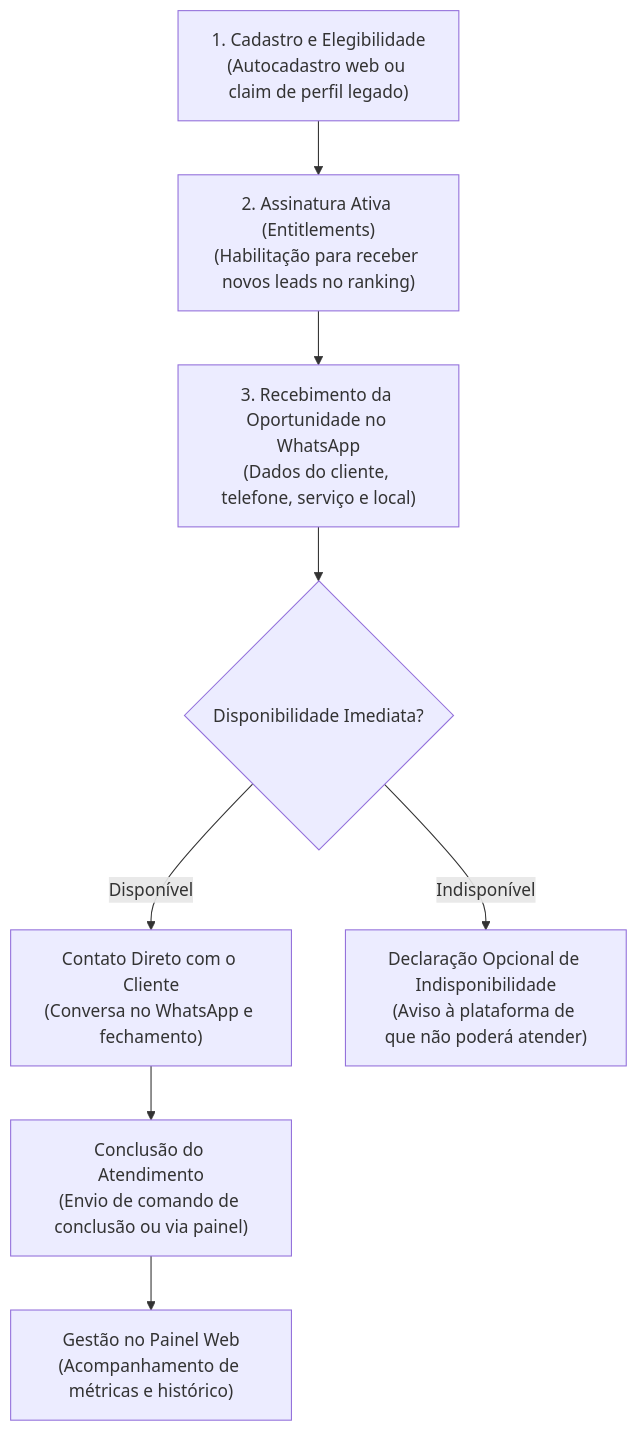
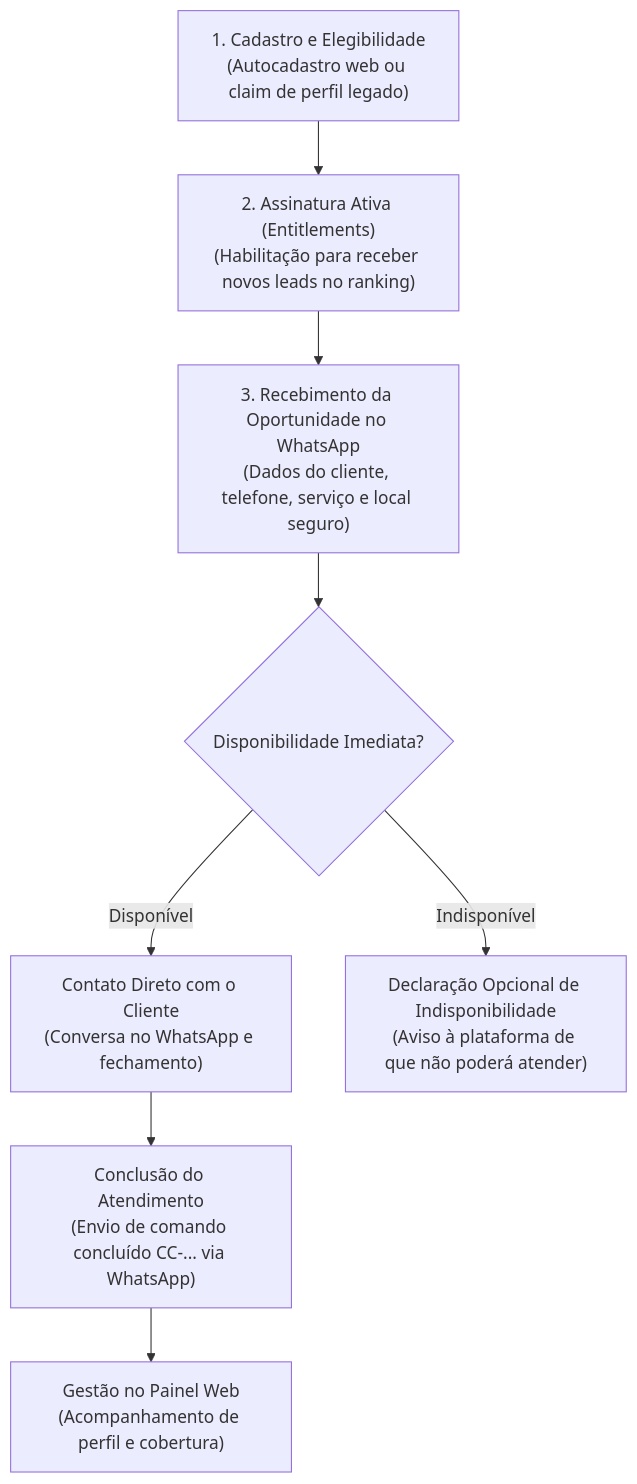
Before and after one commit to koglim/contato: the second of 2 diagrams in docs/PRODUCT_JOURNEYS.md, drawn with Mermaid. The commit also changed other lines of this file and 8 other files, not shown here.

Commit message:
docs: align canonical documentation with current implementation and schemas

````diff
--- a/docs/PRODUCT_JOURNEYS.md
+++ b/docs/PRODUCT_JOURNEYS.md
@@ -57,10 +59,10 @@
 ```mermaid
 flowchart TD
     P1["1. Cadastro e Elegibilidade\n(Autocadastro web ou claim de perfil legado)"] --> P2["2. Assinatura Ativa (Entitlements)\n(Habilitação para receber novos leads no ranking)"]
-    P2 --> P3["3. Recebimento da Oportunidade no WhatsApp\n(Dados do cliente, telefone, serviço e local)"]
+    P2 --> P3["3. Recebimento da Oportunidade no WhatsApp\n(Dados do cliente, telefone, serviço e local seguro)"]
     P3 --> P4{"Disponibilidade Imediata?"}
     P4 -- "Disponível" --> P5["Contato Direto com o Cliente\n(Conversa no WhatsApp e fechamento)"]
     P4 -- "Indisponível" --> P6["Declaração Opcional de Indisponibilidade\n(Aviso à plataforma de que não poderá atender)"]
-    P5 --> P7["Conclusão do Atendimento\n(Envio de comando de conclusão ou via painel)"]
-    P7 --> P8["Gestão no Painel Web\n(Acompanhamento de métricas e histórico)"]
+    P5 --> P7["Conclusão do Atendimento\n(Envio de comando concluído CC-... via WhatsApp)"]
+    P7 --> P8["Gestão no Painel Web\n(Acompanhamento de perfil e cobertura)"]
 ```
````
